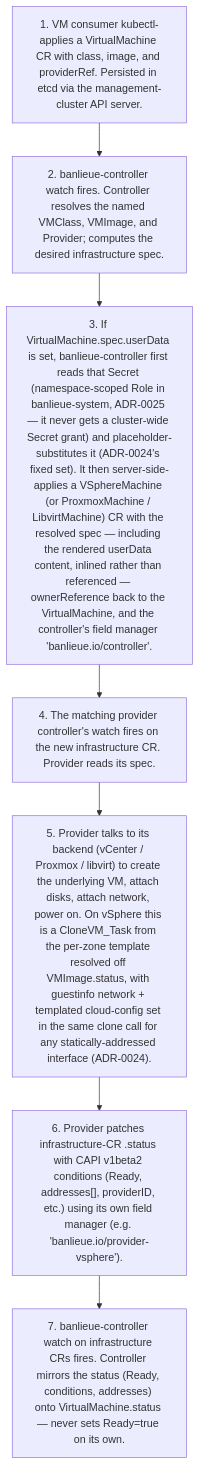
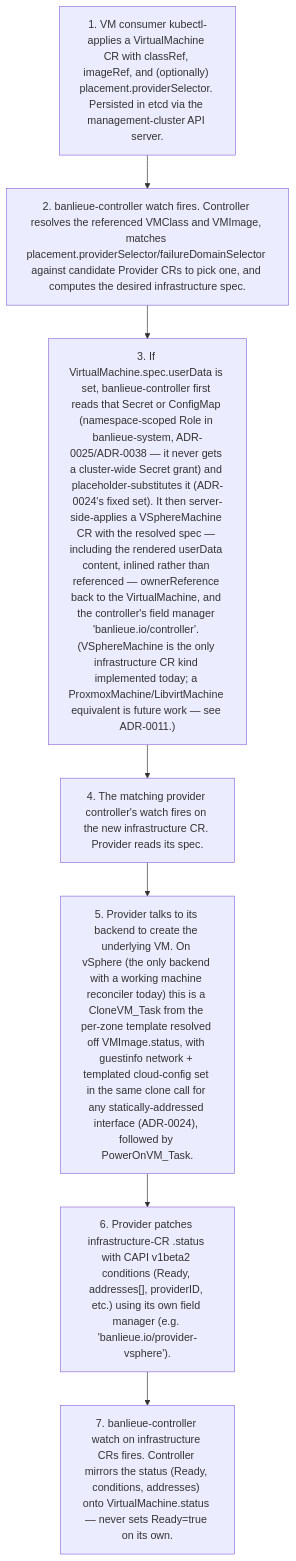
Before and after one commit to firestoned/banlieue: the first of 8 diagrams in docs/src/architecture/flows.md, drawn with Mermaid. The commit also changed other lines of this file and 38 other files, not shown here.

Commit message:
Add support for VirtualMachine.spec.userData (#22)

````diff
--- a/docs/src/architecture/flows.md
+++ b/docs/src/architecture/flows.md
@@ -29,11 +29,11 @@
 ```mermaid
 flowchart TD
-    t1["1. VM consumer kubectl-applies a VirtualMachine CR with class, image, and providerRef. Persisted in etcd via the management-cluster API server."]
-    t2["2. banlieue-controller watch fires. Controller resolves the named VMClass, VMImage, and Provider; computes the desired infrastructure spec."]
-    t3["3. If VirtualMachine.spec.userData is set, banlieue-controller first reads that Secret (namespace-scoped Role in banlieue-system, ADR-0025 — it never gets a cluster-wide Secret grant) and placeholder-substitutes it (ADR-0024's fixed set). It then server-side-applies a VSphereMachine (or ProxmoxMachine / LibvirtMachine) CR with the resolved spec — including the rendered userData content, inlined rather than referenced — ownerReference back to the VirtualMachine, and the controller's field manager 'banlieue.io/controller'."]
+    t1["1. VM consumer kubectl-applies a VirtualMachine CR with classRef, imageRef, and (optionally) placement.providerSelector. Persisted in etcd via the management-cluster API server."]
+    t2["2. banlieue-controller watch fires. Controller resolves the referenced VMClass and VMImage, matches placement.providerSelector/failureDomainSelector against candidate Provider CRs to pick one, and computes the desired infrastructure spec."]
+    t3["3. If VirtualMachine.spec.userData is set, banlieue-controller first reads that Secret or ConfigMap (namespace-scoped Role in banlieue-system, ADR-0025/ADR-0038 — it never gets a cluster-wide Secret grant) and placeholder-substitutes it (ADR-0024's fixed set). It then server-side-applies a VSphereMachine CR with the resolved spec — including the rendered userData content, inlined rather than referenced — ownerReference back to the VirtualMachine, and the controller's field manager 'banlieue.io/controller'. (VSphereMachine is the only infrastructure CR kind implemented today; a ProxmoxMachine/LibvirtMachine equivalent is future work — see ADR-0011.)"]
     t4["4. The matching provider controller's watch fires on the new infrastructure CR. Provider reads its spec."]
-    t5["5. Provider talks to its backend (vCenter / Proxmox / libvirt) to create the underlying VM, attach disks, attach network, power on. On vSphere this is a CloneVM_Task from the per-zone template resolved off VMImage.status, with guestinfo network + templated cloud-config set in the same clone call for any statically-addressed interface (ADR-0024)."]
+    t5["5. Provider talks to its backend to create the underlying VM. On vSphere (the only backend with a working machine reconciler today) this is a CloneVM_Task from the per-zone template resolved off VMImage.status, with guestinfo network + templated cloud-config set in the same clone call for any statically-addressed interface (ADR-0024), followed by PowerOnVM_Task."]
     t6["6. Provider patches infrastructure-CR .status with CAPI v1beta2 conditions (Ready, addresses[], providerID, etc.) using its own field manager (e.g. 'banlieue.io/provider-vsphere')."]
     t7["7. banlieue-controller watch on infrastructure CRs fires. Controller mirrors the status (Ready, conditions, addresses) onto VirtualMachine.status — never sets Ready=true on its own."]
     t1 --> t2 --> t3 --> t4 --> t5 --> t6 --> t7
 ```
````
